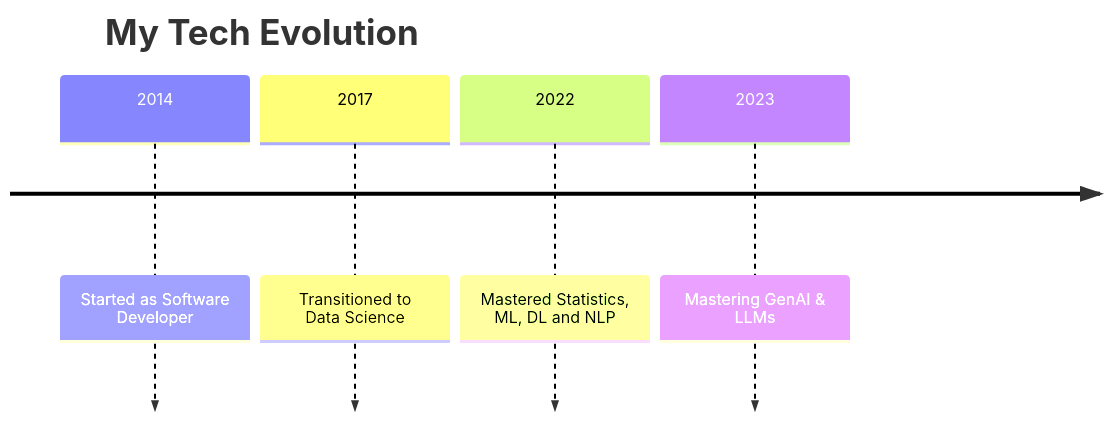
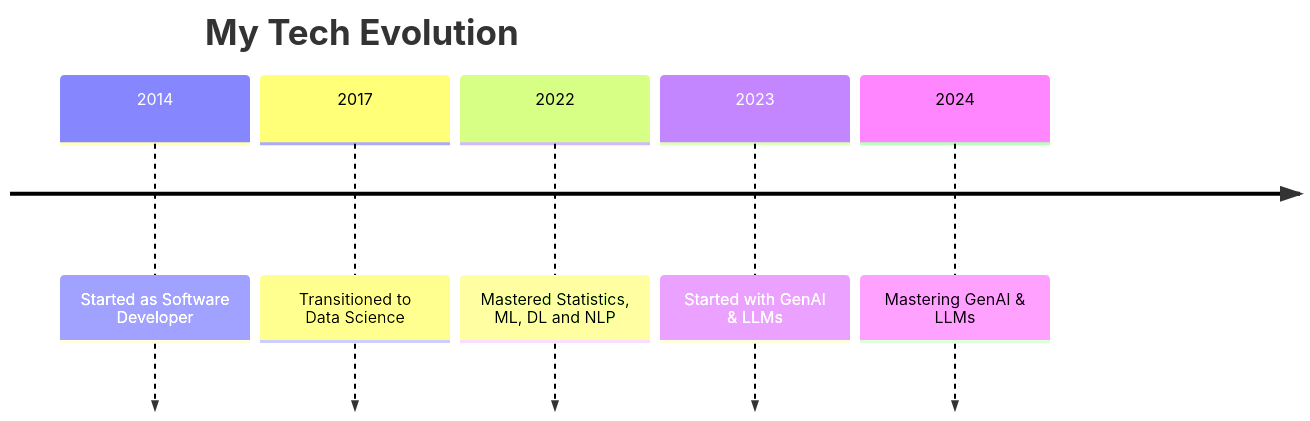
The first of 2 diagrams in README.md (nikhilniksss/nikhilniksss), drawn with Mermaid before and after one commit.

````diff
--- a/README.md
+++ b/README.md
@@ -8,8 +8,9 @@
 ```mermaid
 timeline
     title My Tech Evolution
     2014 : Started as Software Developer
     2017 : Transitioned to Data Science
     2022 : Mastered Statistics, ML, DL and NLP
-    2023 : Mastering GenAI & LLMs
+    2023 : Started with GenAI & LLMs
+    2024 : Mastering GenAI & LLMs
 ```
````
